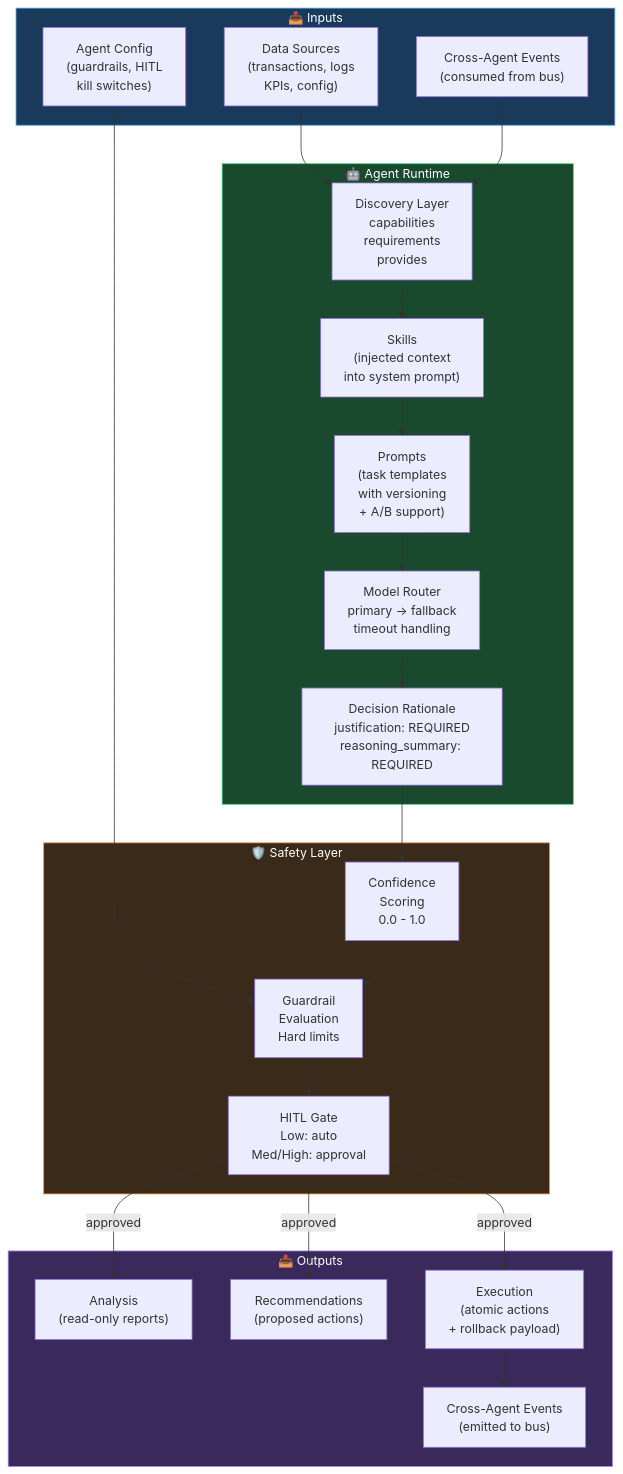
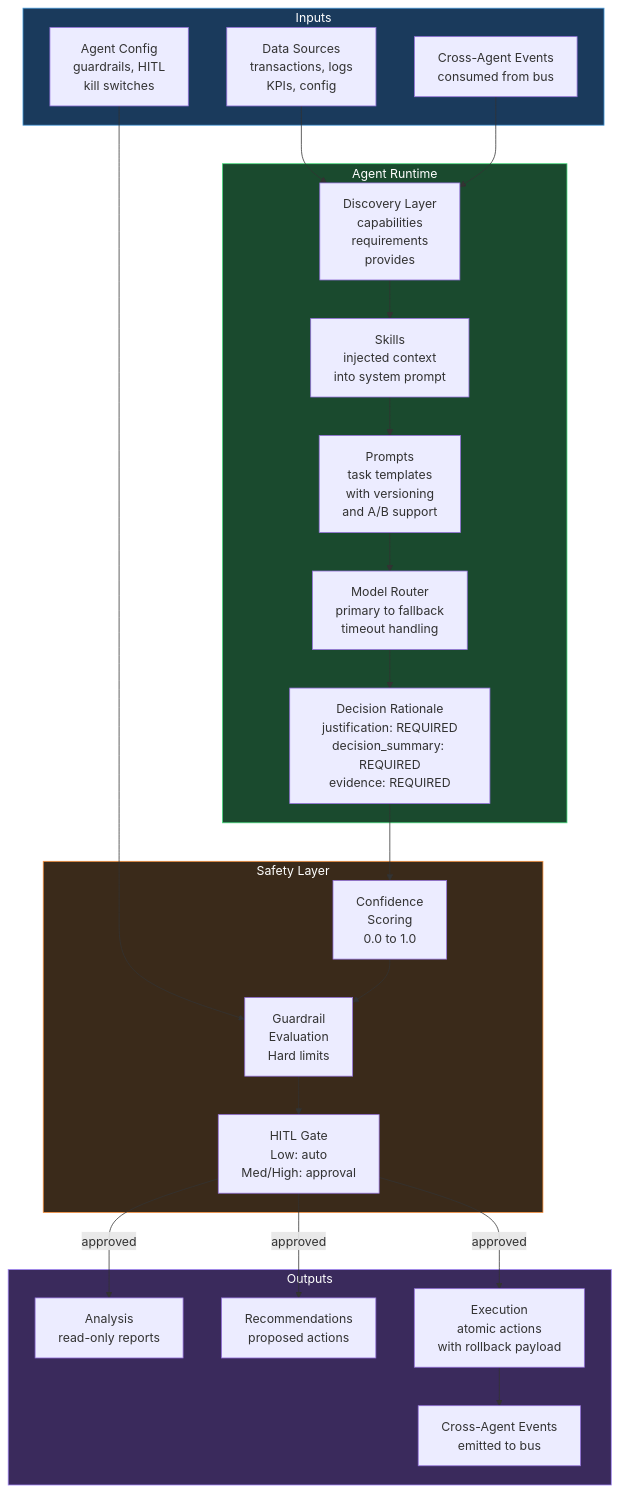
One commit to fszale/agent-kernel changed the diagram in skills/domain-agent-design/SKILL.md. Above: the diagram before and after it, drawn with Mermaid. The commit also changed other lines of this file and 28 other files, not shown here.

````diff
--- a/skills/domain-agent-design/SKILL.md
+++ b/skills/domain-agent-design/SKILL.md
@@ -15,77 +15,78 @@
 ```mermaid
 graph TB
-    subgraph INPUTS["📥 Inputs"]
+    subgraph INPUTS["Inputs"]
         DS["Data Sources
-(transactions, logs
-KPIs, config)"]
+transactions, logs
+KPIs, config"]
         CFG["Agent Config
-(guardrails, HITL
-kill switches)"]
+guardrails, HITL
+kill switches"]
         EVT_IN["Cross-Agent Events
-(consumed from bus)"]
+consumed from bus"]
     end
 
-    subgraph AGENT["🤖 Agent Runtime"]
+    subgraph AGENT["Agent Runtime"]
         DISCO["Discovery Layer
 capabilities
 requirements
 provides"]
         SKILLS["Skills
-(injected context
-into system prompt)"]
+injected context
+into system prompt"]
         PROMPTS["Prompts
-(task templates
+task templates
 with versioning
-+ A/B support)"]
+and A/B support"]
         MODEL["Model Router
-primary → fallback
+primary to fallback
 timeout handling"]
         RATIONALE["Decision Rationale
 justification: REQUIRED
-reasoning_summary: REQUIRED"]
+decision_summary: REQUIRED
+evidence: REQUIRED"]
     end
 
-    subgraph SAFETY["🛡️ Safety Layer"]
+    subgraph SAFETY["Safety Layer"]
         CONF["Confidence
 Scoring
-0.0 - 1.0"]
+0.0 to 1.0"]
         GUARD["Guardrail
 Evaluation
 Hard limits"]
         HITL_GATE["HITL Gate
 Low: auto
 Med/High: approval"]
     end
 
-    subgraph OUTPUTS["📤 Outputs"]
+    subgraph OUTPUTS["Outputs"]
         ANALYSIS["Analysis
-(read-only reports)"]
+read-only reports"]
         RECS["Recommendations
-(proposed actions)"]
+proposed actions"]
         EXEC["Execution
-(atomic actions
-+ rollback payload)"]
+atomic actions
+with rollback payload"]
         EVT_OUT["Cross-Agent Events
-(emitted to bus)"]
+emitted to bus"]
     end
 
     DS --> DISCO
     CFG --> GUARD
     EVT_IN --> DISCO
     DISCO --> SKILLS
     SKILLS --> PROMPTS
     PROMPTS --> MODEL
     MODEL --> RATIONALE
     RATIONALE --> CONF
     CONF --> GUARD
     GUARD --> HITL_GATE
     HITL_GATE -->|"approved"| ANALYSIS
     HITL_GATE -->|"approved"| RECS
     HITL_GATE -->|"approved"| EXEC
     EXEC --> EVT_OUT
 
     style INPUTS fill:#1a3a5c,color:#fff,stroke:#4a9ede
     style AGENT fill:#1a4a2e,color:#fff,stroke:#4ade80
     style SAFETY fill:#3a2a1a,color:#fff,stroke:#fb923c
     style OUTPUTS fill:#3a2a5c,color:#fff,stroke:#a78bfa
 ```
````
